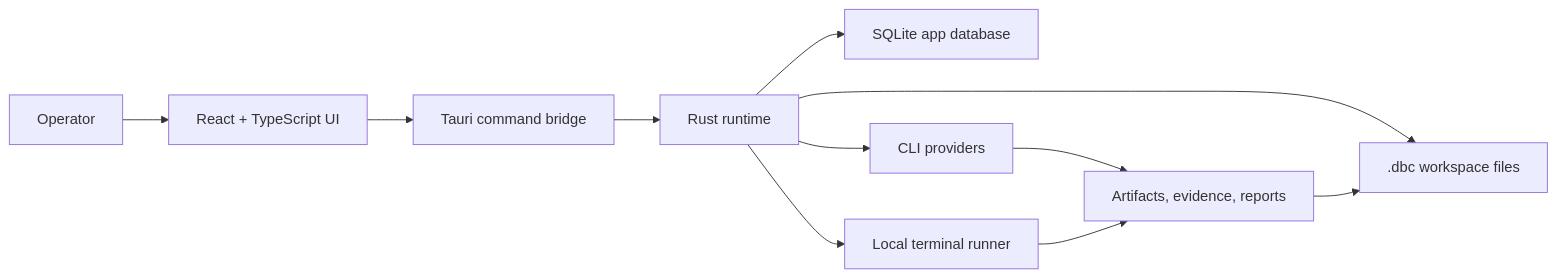
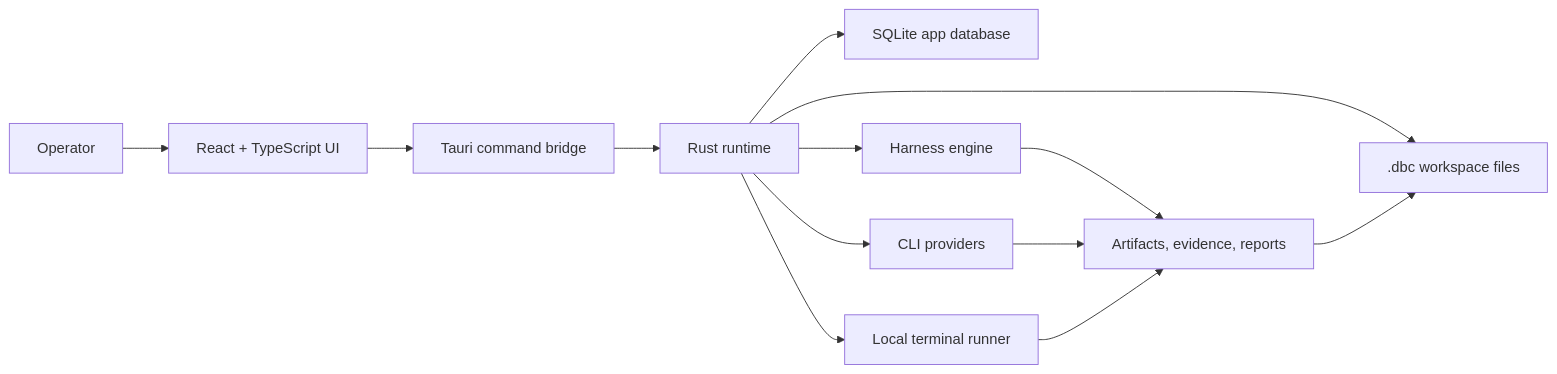
One commit to vistadi/dildin-build-control changed the first of 3 diagrams in docs/ARCHITECTURE.md. Above: the diagram before and after it, drawn with Mermaid. The commit also changed other lines of this file and 51 other files, not shown here.

Commit message:
Add guided production flow and presentation materials

````diff
--- a/docs/ARCHITECTURE.md
+++ b/docs/ARCHITECTURE.md
@@ -7,13 +7,15 @@
 ```mermaid
 flowchart LR
   Operator["Operator"] --> UI["React + TypeScript UI"]
   UI --> Bridge["Tauri command bridge"]
   Bridge --> Runtime["Rust runtime"]
   Runtime --> SQLite["SQLite app database"]
   Runtime --> DBC[".dbc workspace files"]
   Runtime --> Providers["CLI providers"]
   Runtime --> Shell["Local terminal runner"]
+  Runtime --> Harness["Harness engine"]
+  Harness --> Evidence
   Providers --> Evidence["Artifacts, evidence, reports"]
   Shell --> Evidence
   Evidence --> DBC
 ```
````
